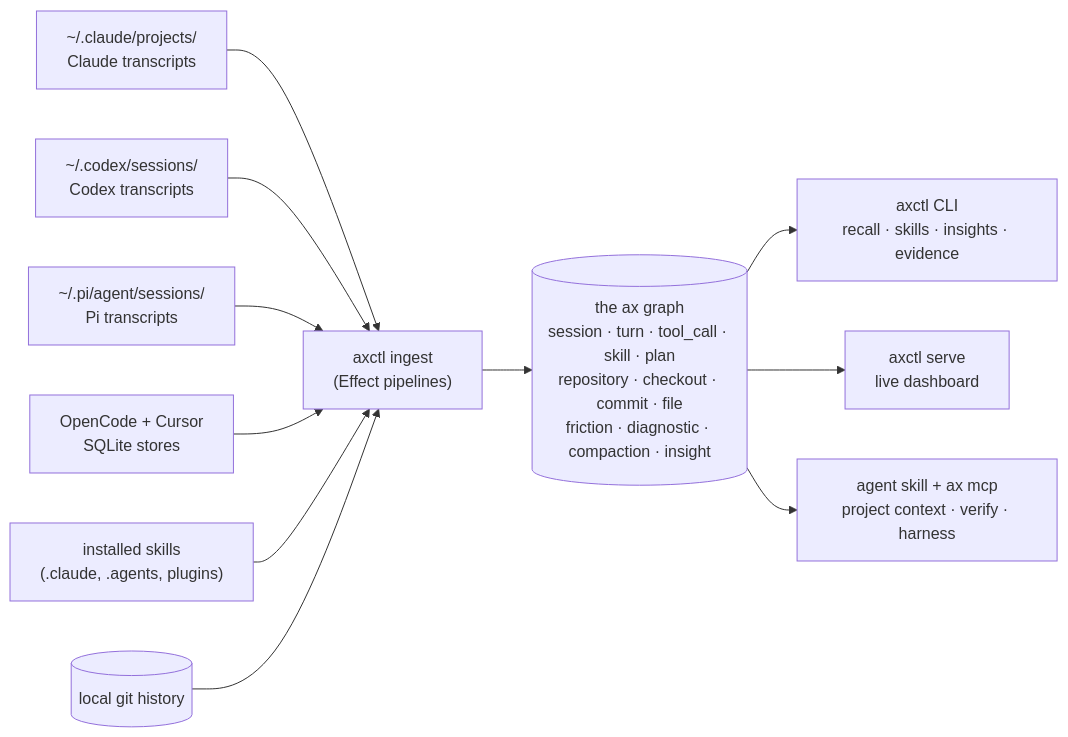
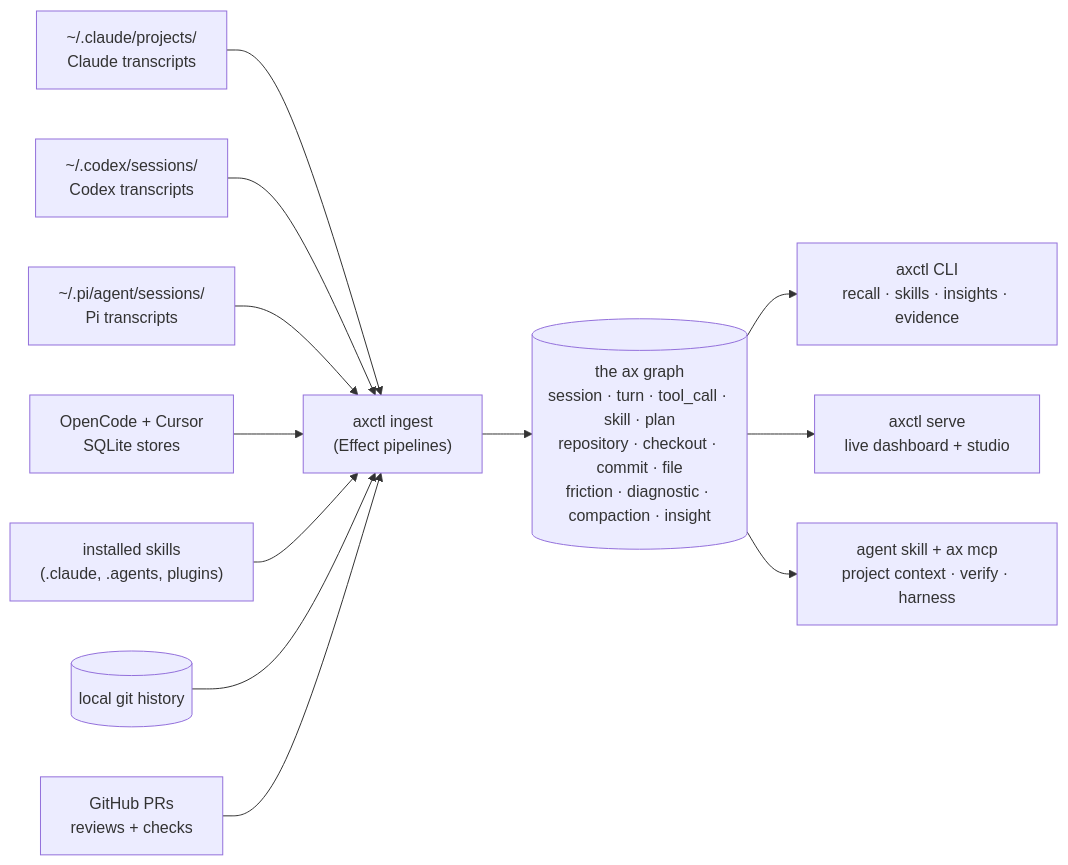
One commit to Necmttn/ax changed the diagram in README.md. Above: the diagram before and after it, drawn with Mermaid. The commit also changed other lines of this file and 1 other file, not shown here.

````diff
--- a/README.md
+++ b/README.md
@@ -42,23 +63,25 @@
 ```mermaid
 flowchart LR
   cc["~/.claude/projects/<br/>Claude transcripts"]
   cx["~/.codex/sessions/<br/>Codex transcripts"]
   pi["~/.pi/agent/sessions/<br/>Pi transcripts"]
   oc["OpenCode + Cursor<br/>SQLite stores"]
   sk["installed skills<br/>(.claude, .agents, plugins)"]
   g[("local git history")]
+  gh["GitHub PRs<br/>reviews + checks"]
 
   cc --> ingest
   cx --> ingest
   pi --> ingest
   oc --> ingest
   sk --> ingest
   g  --> ingest
+  gh --> ingest
 
   ingest["axctl ingest<br/>(Effect pipelines)"] --> db
   db[("the ax graph<br/>session · turn · tool_call · skill · plan<br/>repository · checkout · commit · file<br/>friction · diagnostic · compaction · insight")]
 
   db --> cli["axctl CLI<br/>recall · skills · insights · evidence"]
-  db --> dash["axctl serve<br/>live dashboard"]
+  db --> dash["axctl serve<br/>live dashboard + studio"]
   db --> agent["agent skill + ax mcp<br/>project context · verify · harness"]
 ```
````
